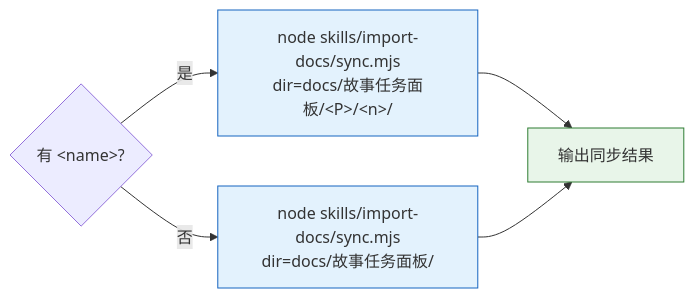
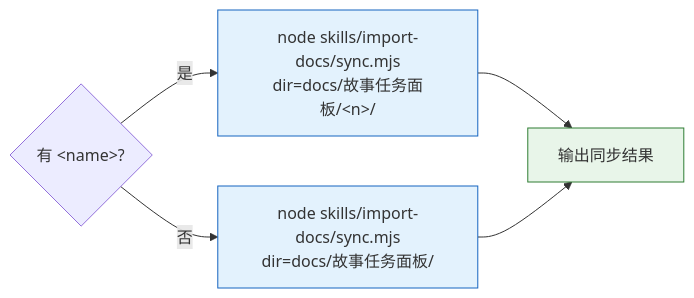
Before and after one commit to effiy/YrY: the ninth of 13 diagrams in skills/rui-story/SKILL.md, drawn with Mermaid. The commit also changed other lines of this file and 12 other files, not shown here.

````diff
--- a/skills/rui-story/SKILL.md
+++ b/skills/rui-story/SKILL.md
@@ -242,10 +242,10 @@
 ```mermaid
 flowchart LR
-    Q{"有 &lt;name&gt;?"} -->|"是"| SCOPED["node skills/import-docs/sync.mjs<br/>dir=docs/故事任务面板/&lt;P&gt;/&lt;n&gt;/"]:::op
+    Q{"有 &lt;name&gt;?"} -->|"是"| SCOPED["node skills/import-docs/sync.mjs<br/>dir=docs/故事任务面板/&lt;n&gt;/"]:::op
     Q -->|"否"| ALL["node skills/import-docs/sync.mjs<br/>dir=docs/故事任务面板/"]:::op
     SCOPED --> OUT["输出同步结果"]:::out
     ALL --> OUT
 
     classDef op fill:#e3f2fd,stroke:#1565c0;
     classDef out fill:#e8f5e9,stroke:#2e7d32;
 ```
````
